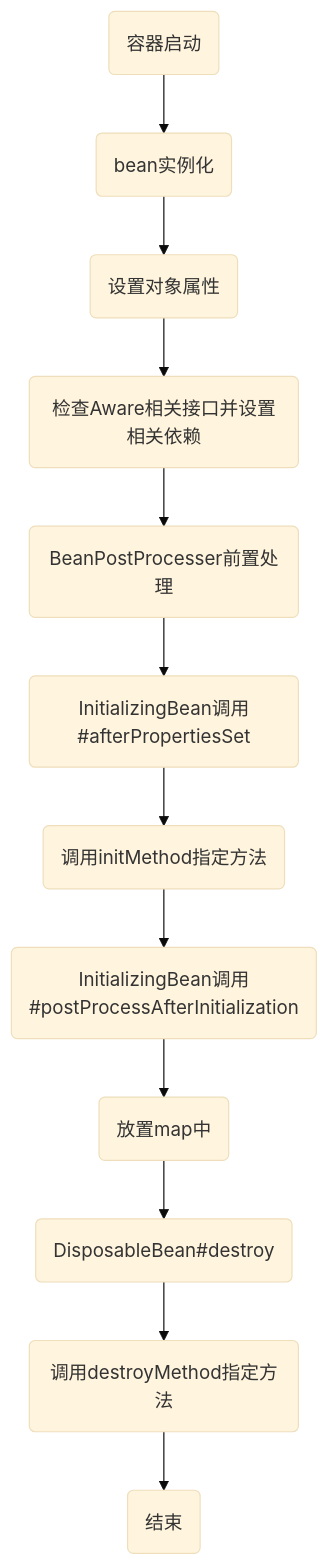
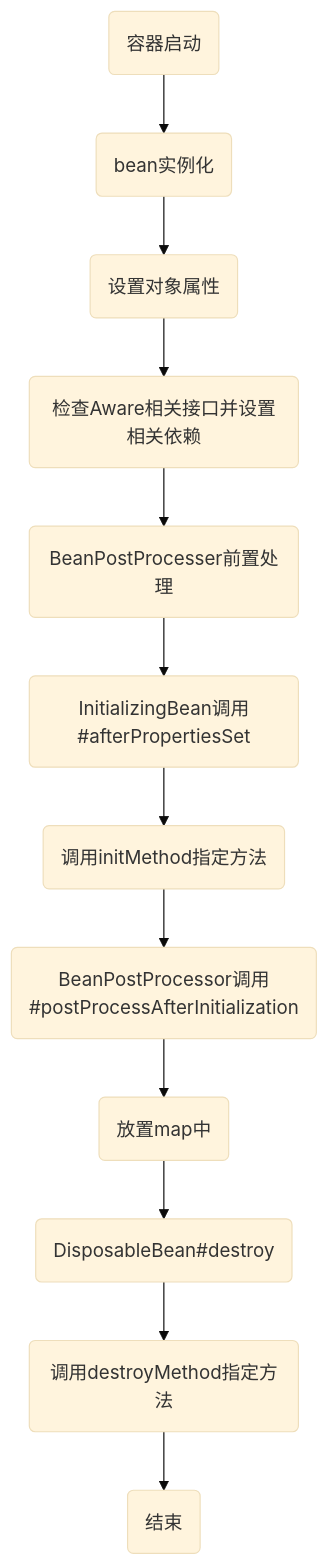
The diagram in note/2.spring bean生命周期.md (J-summit/sky-note), drawn with Mermaid (base theme) before and after one commit. The commit also changed 8 other files, not shown here.

````diff
--- a/note/2.spring bean生命周期.md
+++ b/note/2.spring bean生命周期.md
@@ -7,14 +7,14 @@
 ```mermaid
 graph TB
 a("容器启动")-->b("bean实例化")
 b-->c("设置对象属性")
 c-->d("检查Aware相关接口并设置相关依赖")
 d-->e("BeanPostProcesser前置处理")
 e-->f("InitializingBean调用#afterPropertiesSet")
 f-->m("调用initMethod指定方法")
-m-->g("InitializingBean调用#postProcessAfterInitialization")
+m-->g("BeanPostProcessor调用#postProcessAfterInitialization")
 g-->h("放置map中")
 h-->i("DisposableBean#destroy")
 i-->j("调用destroyMethod指定方法")
 j-->en("结束")
 ```
````
